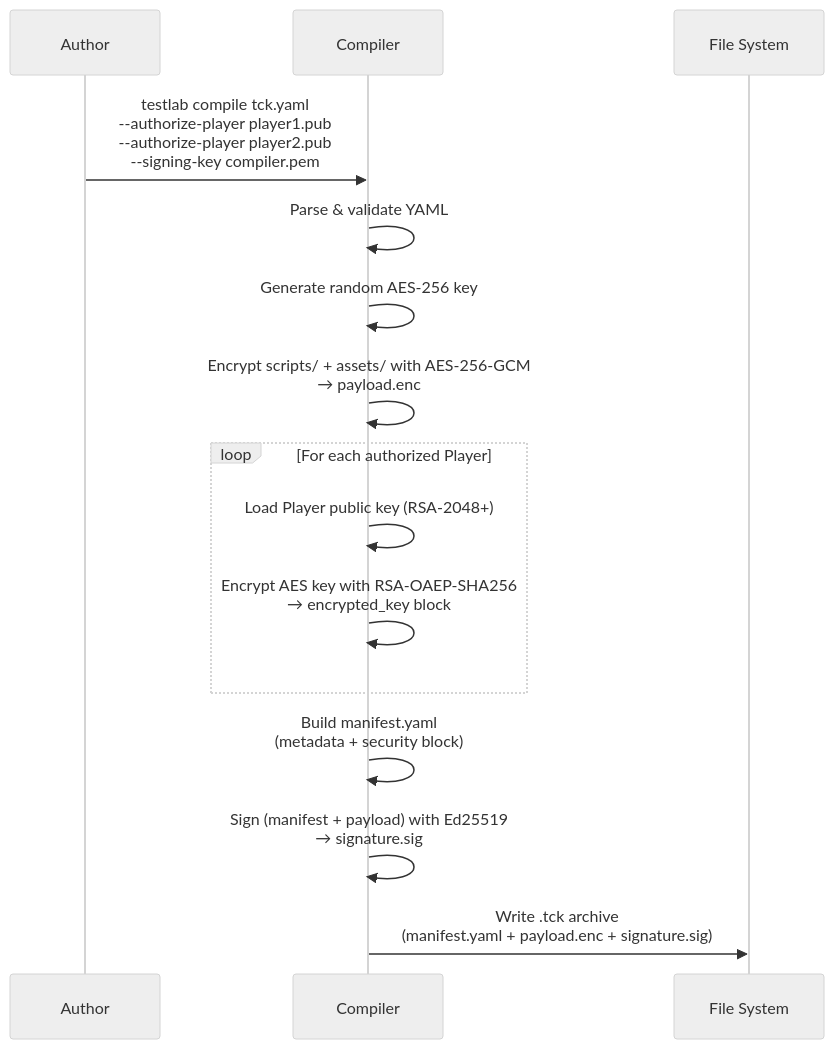
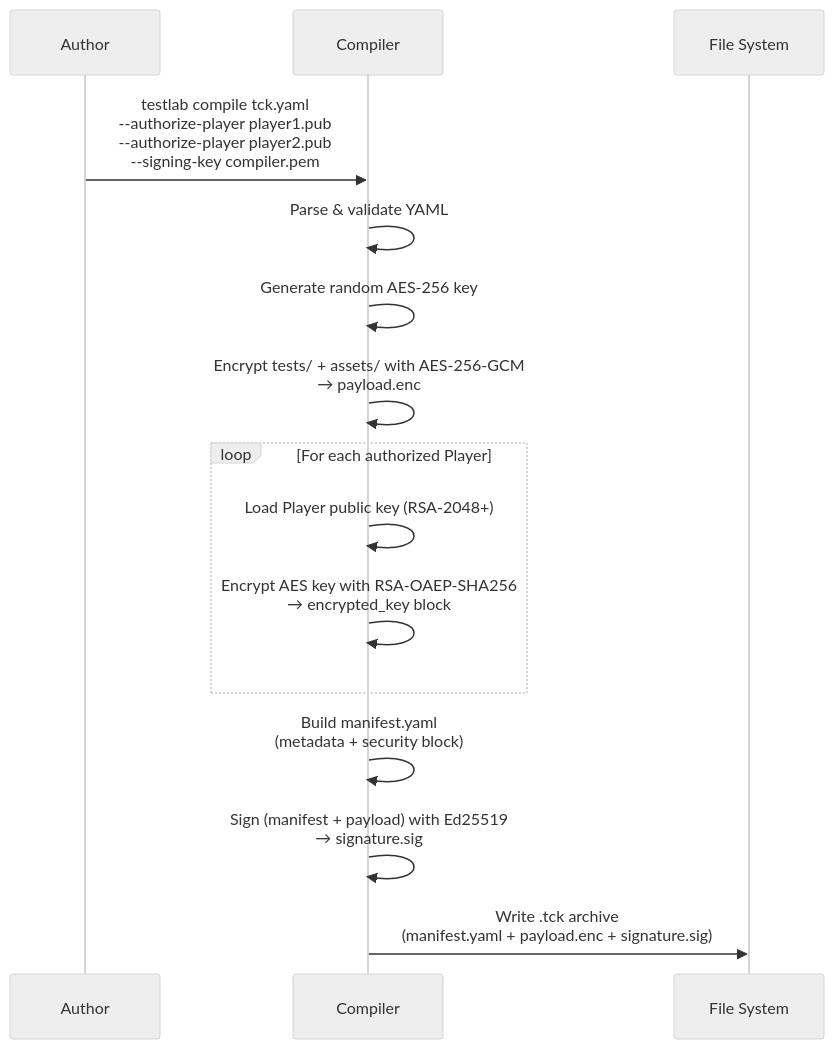
The tenth of 15 diagrams in docs/specification/specification/concepts.md (eclipse-tractusx/tractusx-testlab), drawn with Mermaid (neutral theme) before and after one commit. The commit also changed other lines of this file and 267 other files, not shown here.

````diff
--- a/docs/specification/specification/concepts.md
+++ b/docs/specification/specification/concepts.md
@@ -417,21 +417,21 @@
 ```mermaid
 sequenceDiagram
     participant Author as Author
     participant Compiler as Compiler
     participant FS as File System
 
     Author->>Compiler: testlab compile tck.yaml<br/>--authorize-player player1.pub<br/>--authorize-player player2.pub<br/>--signing-key compiler.pem
 
     Compiler->>Compiler: Parse & validate YAML
     Compiler->>Compiler: Generate random AES-256 key
-    Compiler->>Compiler: Encrypt scripts/ + assets/ with AES-256-GCM<br/>→ payload.enc
+    Compiler->>Compiler: Encrypt tests/ + assets/ with AES-256-GCM<br/>→ payload.enc
 
     loop For each authorized Player
         Compiler->>Compiler: Load Player public key (RSA-2048+)
         Compiler->>Compiler: Encrypt AES key with RSA-OAEP-SHA256<br/>→ encrypted_key block
     end
 
     Compiler->>Compiler: Build manifest.yaml<br/>(metadata + security block)
     Compiler->>Compiler: Sign (manifest + payload) with Ed25519<br/>→ signature.sig
     Compiler->>FS: Write .tck archive<br/>(manifest.yaml + payload.enc + signature.sig)
 ```
````
